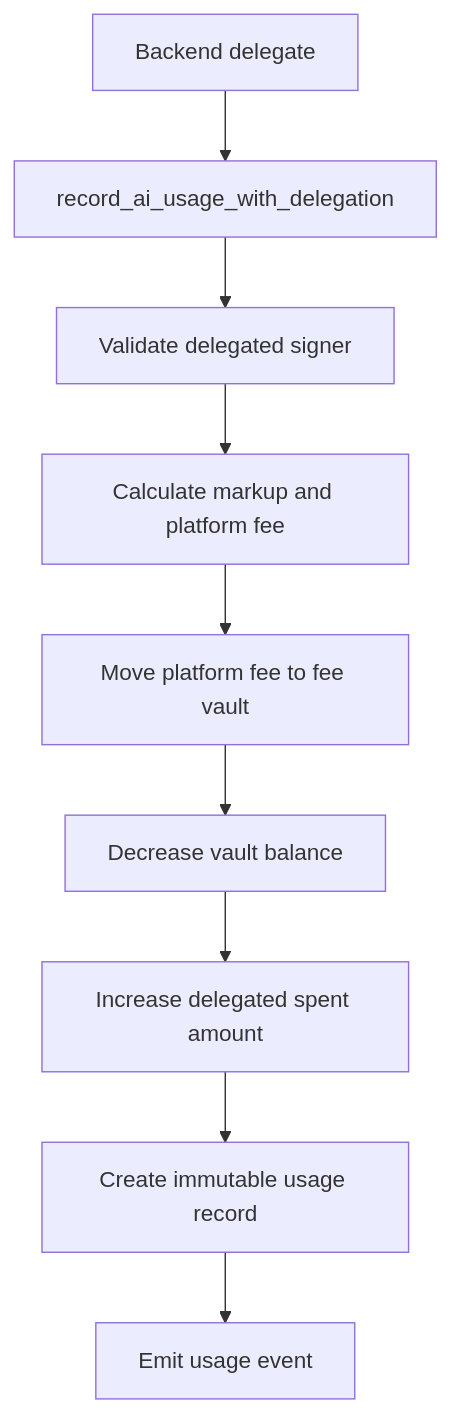
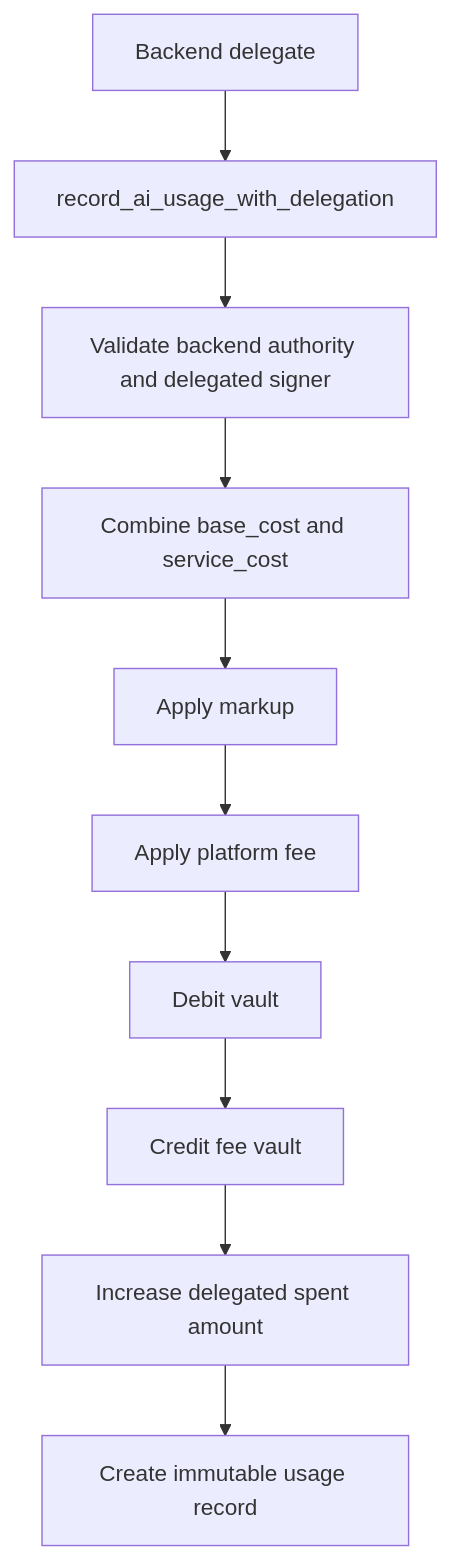
Before and after one commit to FajarArrizki/docs: the third of 5 diagrams in contract/architecture.mdx, drawn with Mermaid. The commit also changed other lines of this file and 22 other files, not shown here.

````diff
--- a/contract/architecture.mdx
+++ b/contract/architecture.mdx
@@ -99,11 +94,12 @@
 ```mermaid
 flowchart TD
     A[Backend delegate] --> B[record_ai_usage_with_delegation]
-    B --> C[Validate delegated signer]
-    C --> D[Calculate markup and platform fee]
-    D --> E[Move platform fee to fee vault]
-    E --> F[Decrease vault balance]
-    F --> G[Increase delegated spent amount]
-    G --> H[Create immutable usage record]
-    H --> I[Emit usage event]
+    B --> C[Validate backend authority and delegated signer]
+    C --> D[Combine base_cost and service_cost]
+    D --> E[Apply markup]
+    E --> F[Apply platform fee]
+    F --> G[Debit vault]
+    G --> H[Credit fee vault]
+    H --> I[Increase delegated spent amount]
+    I --> J[Create immutable usage record]
 ```
````
